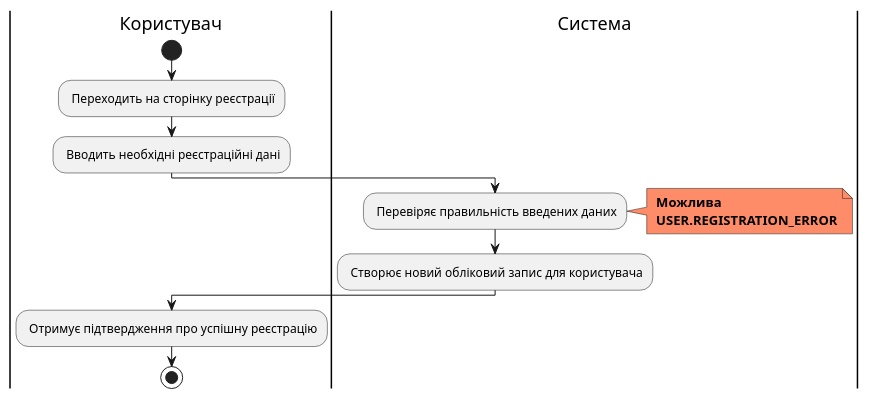
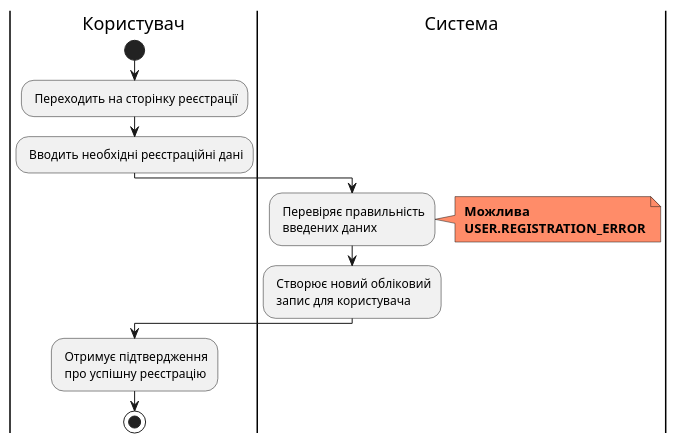
One commit to edu-db/edu_db_labs changed the fifth of 19 diagrams in docs/use cases/README.md. Above: the diagram before and after it, drawn with PlantUML. The commit also changed other lines of this file, not shown here.

```diff
--- a/docs/use cases/README.md
+++ b/docs/use cases/README.md
@@ -209,22 +209,22 @@
 @startuml
 
 |Користувач|
 start;
 : Переходить на сторінку реєстрації;
 : Вводить необхідні реєстраційні дані;
 
 |Система|
-: Перевіряє правильність введених даних;
+: Перевіряє правильність\n введених даних;
 
 note right #ff8c69
 <b> Можлива
 <b> USER.REGISTRATION_ERROR
 end note
 
-: Створює новий обліковий запис для користувача;
+: Створює новий обліковий\n запис для користувача;
 
 |Користувач|
- : Отримує підтвердження про успішну реєстрацію;
+ : Отримує підтвердження\n про успішну реєстрацію;
   stop;
 
 @enduml
```
